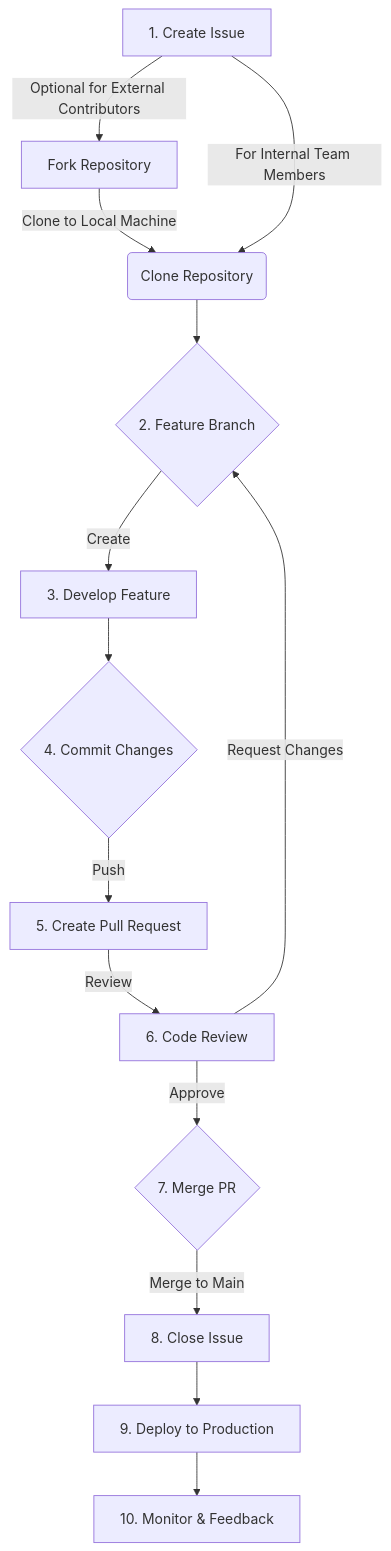
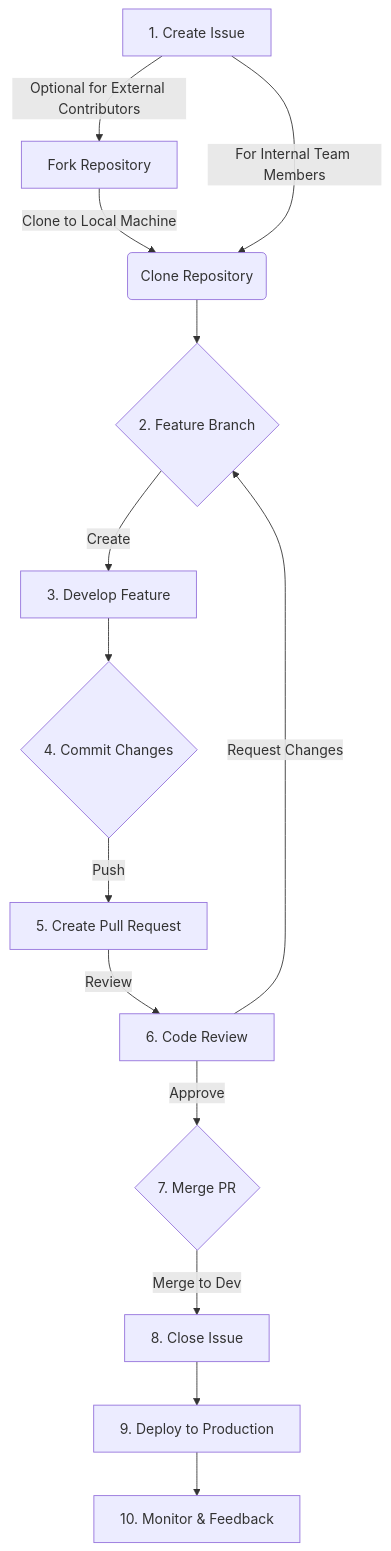
One commit to tazama-lf/docs changed the diagram in Community/Tazama-Contribution-Guide.md. Above: the diagram before and after it, drawn with Mermaid. The commit also changed other lines of this file, not shown here.

````diff
--- a/Community/Tazama-Contribution-Guide.md
+++ b/Community/Tazama-Contribution-Guide.md
@@ -445,16 +445,16 @@
 ```mermaid
 flowchart TB
   A[1. Create Issue] -->|Optional for External Contributors| B[Fork Repository]
   B -->|Clone to Local Machine| C(Clone Repository)
   A -->|For Internal Team Members| C
   C --> D{2. Feature Branch}
   D -->|Create| E[3. Develop Feature]
   E --> F{4. Commit Changes}
   F -->|Push| G[5. Create Pull Request]
   G -->|Review| H[6. Code Review]
   H -->|Approve| I{7. Merge PR}
-  I -->|Merge to Main| J[8. Close Issue]
+  I -->|Merge to Dev| J[8. Close Issue]
   J --> K[9. Deploy to Production]
   K --> L[10. Monitor & Feedback]
   H -->|Request Changes| D
 ```
````
